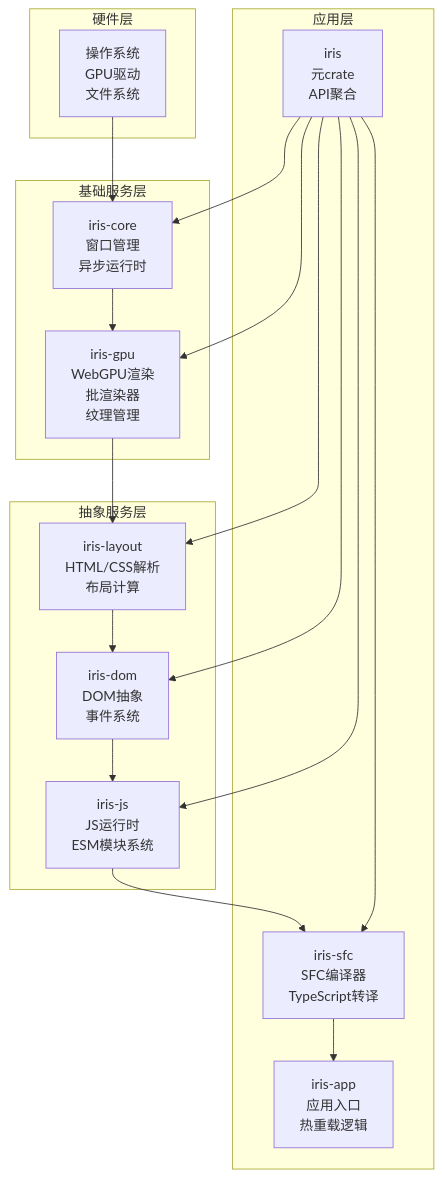
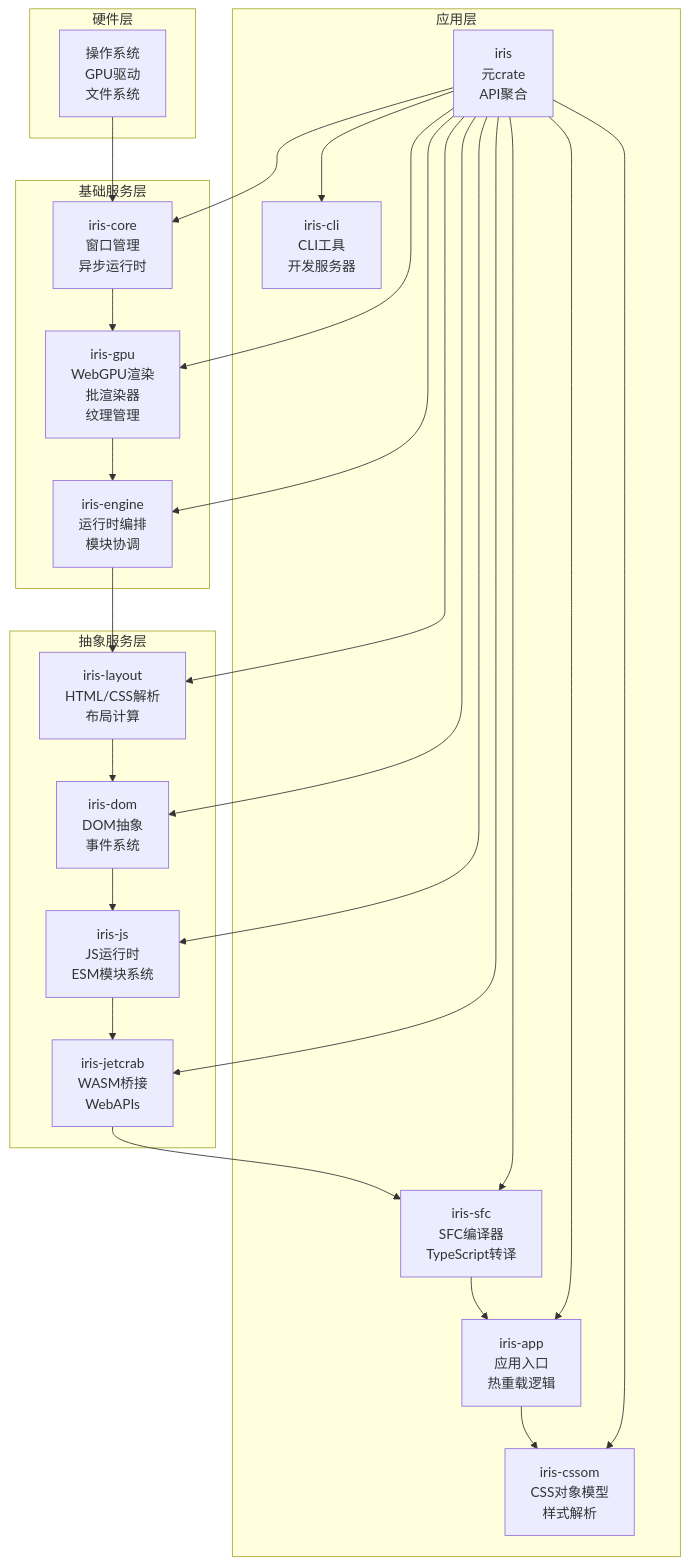
Before and after one commit to itszzl-sudo/iris: the second of 20 diagrams in .qoder/repowiki/zh/content/技术架构详解/整体架构设计/Rust工作区架构.md, drawn with Mermaid. The commit also changed other lines of this file and 11 other files, not shown here.

First line of the commit message:
feat: 实现 iris-jetcrab-engine WASM 导出接口

````diff
--- a/.qoder/repowiki/zh/content/技术架构详解/整体架构设计/Rust工作区架构.md
+++ b/.qoder/repowiki/zh/content/技术架构详解/整体架构设计/Rust工作区架构.md
@@ -117,33 +133,45 @@
 ```mermaid
 graph TB
 subgraph "硬件层"
 HW[操作系统<br/>GPU驱动<br/>文件系统]
 end
 subgraph "基础服务层"
 CORE[iris-core<br/>窗口管理<br/>异步运行时]
 GPU[iris-gpu<br/>WebGPU渲染<br/>批渲染器<br/>纹理管理]
+END[iris-engine<br/>运行时编排<br/>模块协调]
 end
 subgraph "抽象服务层"
 LAYOUT[iris-layout<br/>HTML/CSS解析<br/>布局计算]
 DOM[iris-dom<br/>DOM抽象<br/>事件系统]
 JS[iris-js<br/>JS运行时<br/>ESM模块系统]
+JET[iris-jetcrab<br/>WASM桥接<br/>WebAPIs]
 end
 subgraph "应用层"
 SFC[iris-sfc<br/>SFC编译器<br/>TypeScript转译]
 APP[iris-app<br/>应用入口<br/>热重载逻辑]
+CSSOM[iris-cssom<br/>CSS对象模型<br/>样式解析]
+CLI[iris-cli<br/>CLI工具<br/>开发服务器]
 META[iris<br/>元crate<br/>API聚合]
 end
 HW --> CORE
 CORE --> GPU
-GPU --> LAYOUT
+GPU --> END
+END --> LAYOUT
 LAYOUT --> DOM
 DOM --> JS
-JS --> SFC
+JS --> JET
+JET --> SFC
 SFC --> APP
+APP --> CSSOM
 META --> CORE
 META --> GPU
+META --> END
 META --> LAYOUT
 META --> DOM
 META --> JS
+META --> JET
 META --> SFC
+META --> APP
+META --> CSSOM
+META --> CLI
 ```
````
